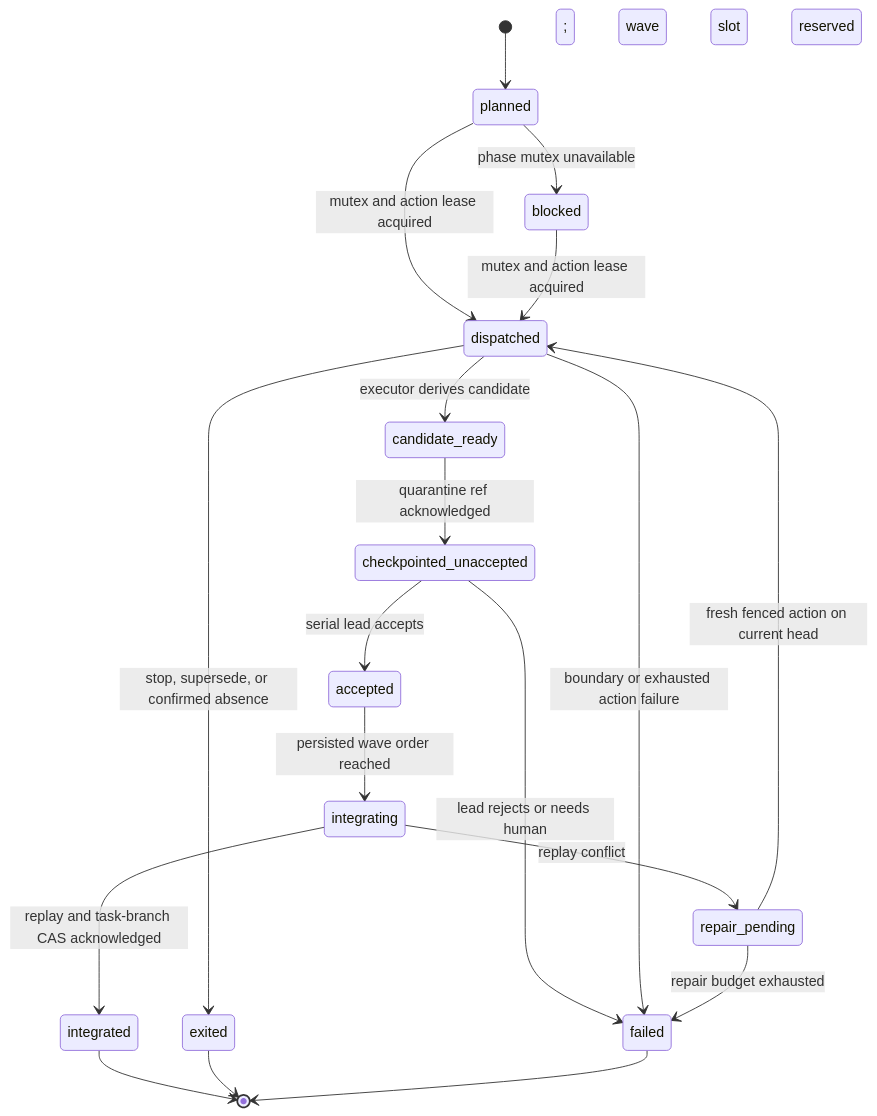
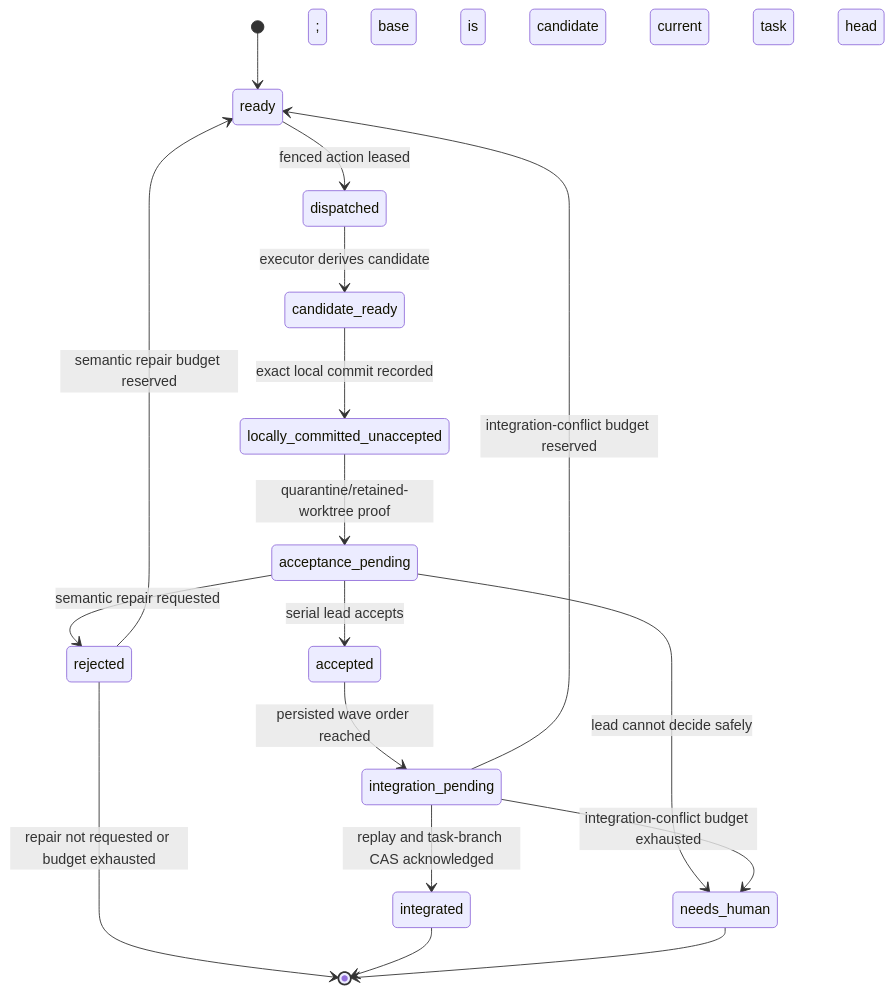
The second of 3 diagrams in docs/plans/2026-08-19-1232-feat-parallel-structured-units-plan.md (knoxgraeme/openthrottle), drawn with Mermaid before and after one commit. The commit also changed other lines of this file and 20 other files, not shown here.

````diff
--- a/docs/plans/2026-08-19-1232-feat-parallel-structured-units-plan.md
+++ b/docs/plans/2026-08-19-1232-feat-parallel-structured-units-plan.md
@@ -599,21 +635,19 @@
 ```mermaid
 stateDiagram-v2
-  [*] --> planned
-  planned --> blocked: phase mutex unavailable; wave slot reserved
-  planned --> dispatched: mutex and action lease acquired
-  blocked --> dispatched: mutex and action lease acquired
+  [*] --> ready
+  ready --> dispatched: fenced action leased
   dispatched --> candidate_ready: executor derives candidate
-  candidate_ready --> checkpointed_unaccepted: quarantine ref acknowledged
-  checkpointed_unaccepted --> accepted: serial lead accepts
-  checkpointed_unaccepted --> failed: lead rejects or needs human
-  dispatched --> exited: stop, supersede, or confirmed absence
-  dispatched --> failed: boundary or exhausted action failure
-  accepted --> integrating: persisted wave order reached
-  integrating --> integrated: replay and task-branch CAS acknowledged
-  integrating --> repair_pending: replay conflict
-  repair_pending --> dispatched: fresh fenced action on current head
-  repair_pending --> failed: repair budget exhausted
+  candidate_ready --> locally_committed_unaccepted: exact local commit recorded
+  locally_committed_unaccepted --> acceptance_pending: quarantine/retained-worktree proof
+  acceptance_pending --> accepted: serial lead accepts
+  acceptance_pending --> rejected: semantic repair requested
+  acceptance_pending --> needs_human: lead cannot decide safely
+  rejected --> ready: semantic repair budget reserved; base is rejected candidate
+  rejected --> [*]: repair not requested or budget exhausted
+  accepted --> integration_pending: persisted wave order reached
+  integration_pending --> integrated: replay and task-branch CAS acknowledged
+  integration_pending --> ready: integration-conflict budget reserved; base is current task head
+  integration_pending --> needs_human: integration-conflict budget exhausted
   integrated --> [*]
-  exited --> [*]
-  failed --> [*]
+  needs_human --> [*]
 ```
````
